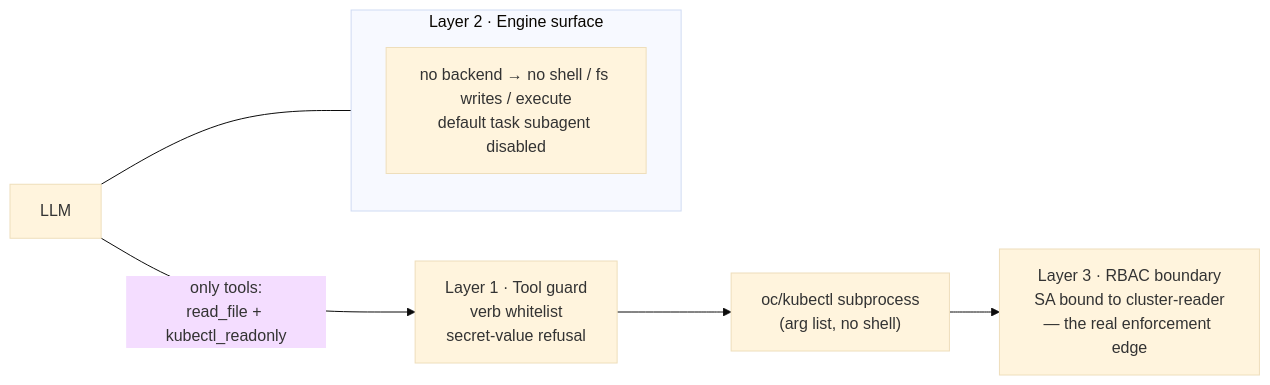
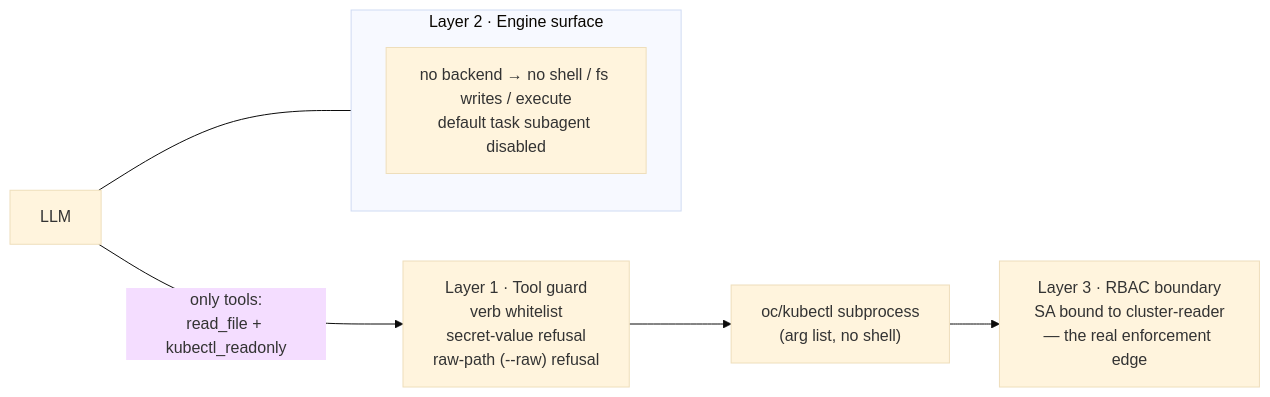
One commit to thoraxe/ols-patroller changed the second of 3 diagrams in ARCHITECTURE.md. Above: the diagram before and after it, drawn with Mermaid (base theme). The commit also changed other lines of this file and 5 other files, not shown here.

Commit message:
impl: guard refuses --raw proxy/stats endpoints (#11)

````diff
--- a/ARCHITECTURE.md
+++ b/ARCHITECTURE.md
@@ -48,10 +48,10 @@
 ```mermaid
 flowchart LR
-    M["LLM"] -->|"only tools:<br/>read_file + kubectl_readonly"| G["Layer 1 · Tool guard<br/>verb whitelist<br/>secret-value refusal"]
+    M["LLM"] -->|"only tools:<br/>read_file + kubectl_readonly"| G["Layer 1 · Tool guard<br/>verb whitelist<br/>secret-value refusal<br/>raw-path (--raw) refusal"]
     G --> CLI["oc/kubectl subprocess<br/>(arg list, no shell)"]
     CLI --> R["Layer 3 · RBAC boundary<br/>SA bound to cluster-reader<br/>— the real enforcement edge"]
     subgraph E["Layer 2 · Engine surface"]
         T["no backend → no shell / fs writes / execute<br/>default task subagent disabled"]
     end
     M --- E
 ```
````
